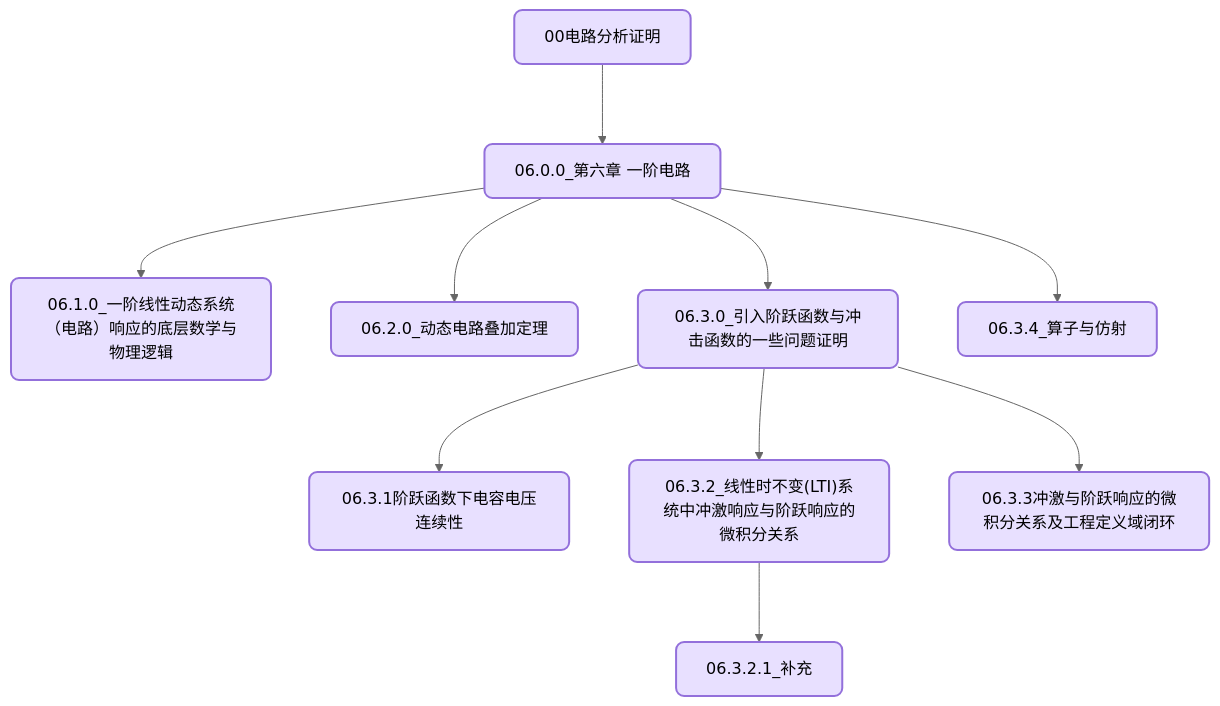
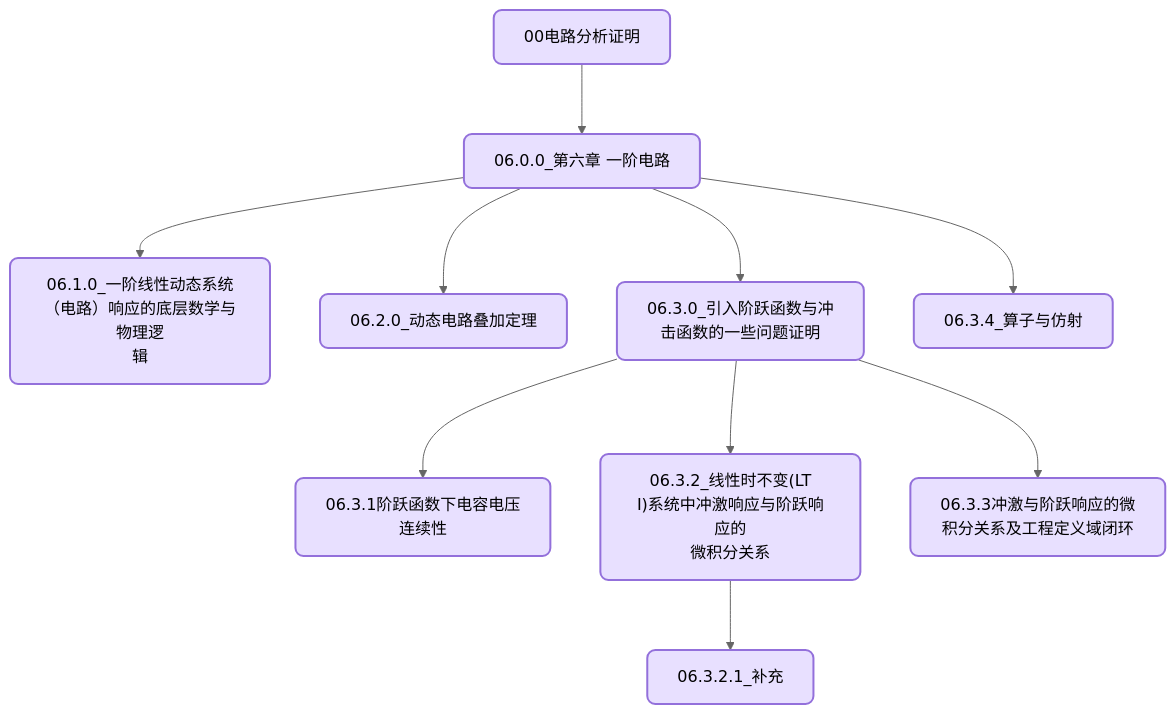
The diagram in README.md (wangjiuyi543-ui/Circuit-Foundations-First-Principles), drawn with Mermaid before and after one commit.

Commit message:
🤖 自动同步Canvas到README

````diff
--- a/README.md
+++ b/README.md
@@ -36,14 +36,24 @@
 ```mermaid
-%%{init: {'theme':'neutral', 'flowchart': {'nodeSpacing': 60, 'rankSpacing': 80, 'curve': 'basis'}}}%%
+%%{init: {'theme':'neutral', 'flowchart': {'nodeSpacing': 50, 'rankSpacing': 70, 'curve': 'basis', 'htmlLabels': true}}}%%
 graph TD
     classDef default fill:#e8e0ff,stroke:#9370db,stroke-width:2px,rx:8px,ry:8px;
-    00电路分析证明_0["00电路分析证明"] --> 0600_第六章一阶电路_1["06.0.0_第六章 一阶电路"]
-    0600_第六章一阶电路_1["06.0.0_第六章 一阶电路"] --> 0610_一阶线性动态系统电路响应的底层数学与物理逻辑_2["06.1.0_一阶线性动态系统（电路）响应的底层数学与物理逻辑"]
-    0600_第六章一阶电路_1["06.0.0_第六章 一阶电路"] --> 0620_动态电路叠加定理_3["06.2.0_动态电路叠加定理"]
-    0600_第六章一阶电路_1["06.0.0_第六章 一阶电路"] --> 0630_引入阶跃函数与冲击函数的一些问题证明_4["06.3.0_引入阶跃函数与冲击函数的一些问题证明"]
-    0630_引入阶跃函数与冲击函数的一些问题证明_4["06.3.0_引入阶跃函数与冲击函数的一些问题证明"] --> 0631阶跃函数下电容电压连续性_6["06.3.1阶跃函数下电容电压连续性"]
-    0630_引入阶跃函数与冲击函数的一些问题证明_4["06.3.0_引入阶跃函数与冲击函数的一些问题证明"] --> 0632_线性时不变LTI系统中冲激响应与阶跃响应的微积分关系_7["06.3.2_线性时不变(LTI)系统中冲激响应与阶跃响应的微积分关系"]
-    0630_引入阶跃函数与冲击函数的一些问题证明_4["06.3.0_引入阶跃函数与冲击函数的一些问题证明"] --> 0633冲激与阶跃响应的微积分关系及工程定义域闭环_8["06.3.3冲激与阶跃响应的微积分关系及工程定义域闭环"]
-    0632_线性时不变LTI系统中冲激响应与阶跃响应的微积分关系_7["06.3.2_线性时不变(LTI)系统中冲激响应与阶跃响应的微积分关系"] --> 06321_补充_9["06.3.2.1_补充"]
-    0600_第六章一阶电路_1["06.0.0_第六章 一阶电路"] --> 0634_算子与仿射_5["06.3.4_算子与仿射"]
+    node_0["00电路分析证明"]
+    node_1["06.0.0_第六章 一阶电路<br>"]
+    node_2["06.1.0_一阶线性动态系统<br>（电路）响应的底层数学与物理逻<br>辑"]
+    node_3["06.2.0_动态电路叠加定理<br>"]
+    node_4["06.3.0_引入阶跃函数与冲<br>击函数的一些问题证明"]
+    node_5["06.3.4_算子与仿射"]
+    node_6["06.3.1阶跃函数下电容电压<br>连续性"]
+    node_7["06.3.2_线性时不变(LT<br>I)系统中冲激响应与阶跃响应的<br>微积分关系"]
+    node_8["06.3.3冲激与阶跃响应的微<br>积分关系及工程定义域闭环"]
+    node_9["06.3.2.1_补充"]
+    node_0 --> node_1
+    node_1 --> node_2
+    node_1 --> node_3
+    node_1 --> node_4
+    node_4 --> node_6
+    node_4 --> node_7
+    node_4 --> node_8
+    node_7 --> node_9
+    node_1 --> node_5
 ```
````
